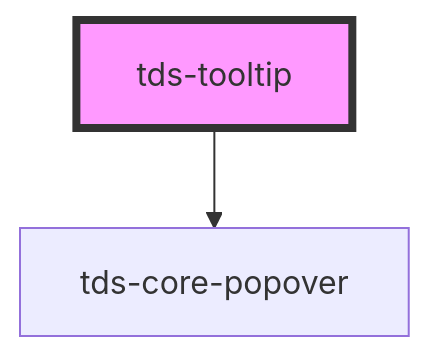
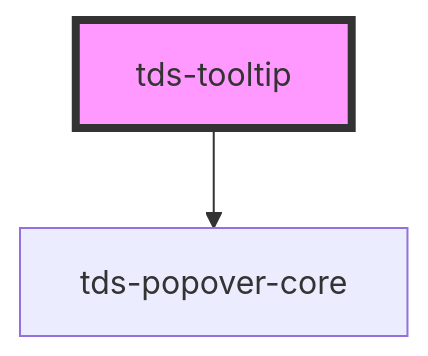
The diagram in core/src/components/tooltip/readme.md (scania-digital-design-system/tegel), drawn with Mermaid before and after one commit. The commit also changed other lines of this file and 9 other files, not shown here.

Commit message:
refactor(popover-core): rename and move

````diff
--- a/core/src/components/tooltip/readme.md
+++ b/core/src/components/tooltip/readme.md
@@ -34,5 +34,5 @@
 ```mermaid
 graph TD;
-  tds-tooltip --> tds-core-popover
+  tds-tooltip --> tds-popover-core
   style tds-tooltip fill:#f9f,stroke:#333,stroke-width:4px
 ```
````
